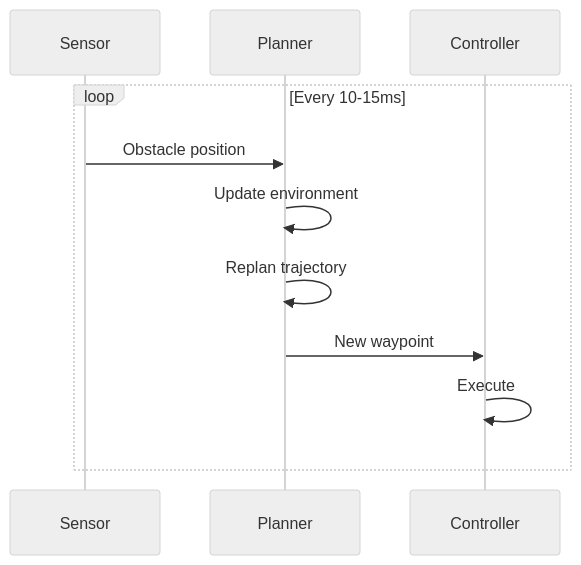
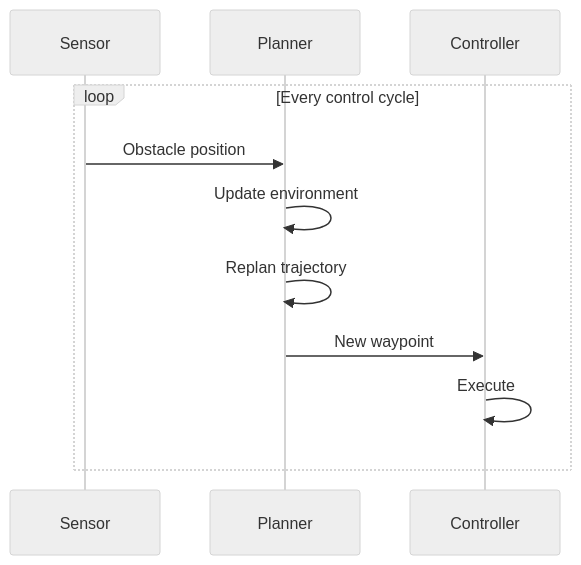
Before and after one commit to tesseract-robotics/tesseract_nanobind: the diagram in docs/examples/online-planning.md, drawn with Mermaid (neutral theme). The commit also changed other lines of this file and 112 other files, not shown here.

````diff
--- a/docs/examples/online-planning.md
+++ b/docs/examples/online-planning.md
@@ -11,14 +21,14 @@
 ```mermaid
 sequenceDiagram
     participant Sensor
     participant Planner
     participant Controller
 
-    loop Every 10-15ms
+    loop Every control cycle
         Sensor->>Planner: Obstacle position
         Planner->>Planner: Update environment
         Planner->>Planner: Replan trajectory
         Planner->>Controller: New waypoint
         Controller->>Controller: Execute
     end
 ```
````
